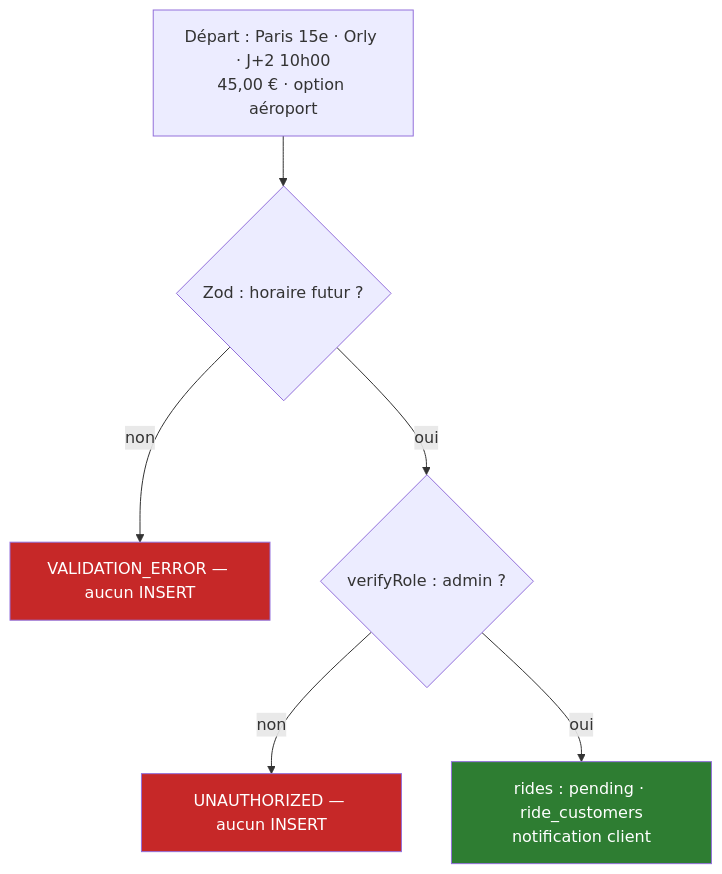
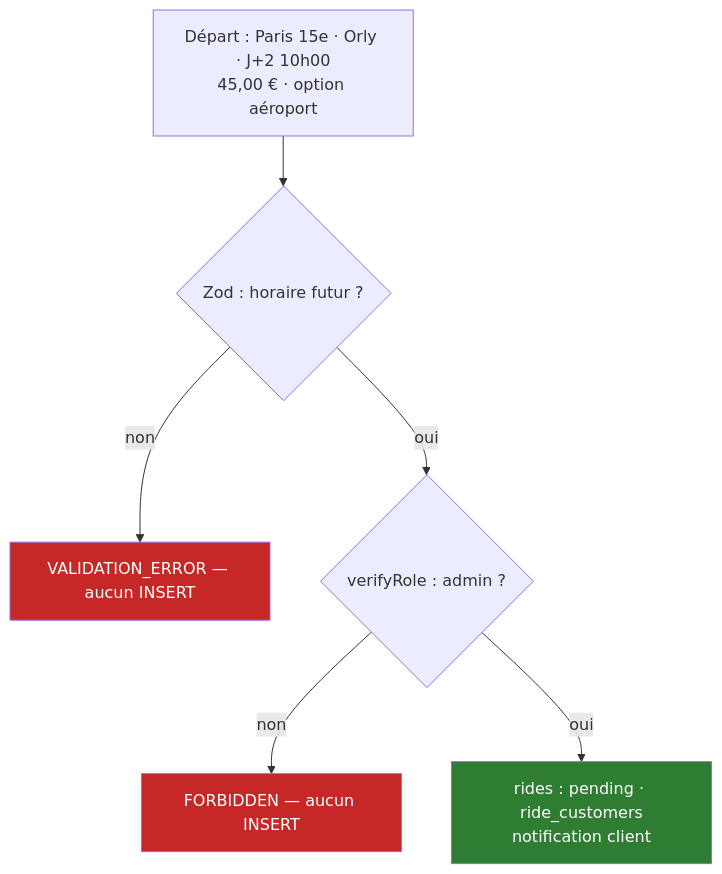
One commit to Mamoru-fr/AMT-Express changed the tenth of 13 diagrams in documents/dossiers/dossierProjet/dossierProjetRNCP.md. Above: the diagram before and after it, drawn with Mermaid. The commit also changed other lines of this file and 3 other files, not shown here.

Commit message:
docs(rncp): dossier — colonne Annexe au mapping competences + corrections factuelles validées ; annexes — maquettes HTML (palette réelle), UML canonique PlantUML, liste des captures

````diff
--- a/documents/dossiers/dossierProjet/dossierProjetRNCP.md
+++ b/documents/dossiers/dossierProjet/dossierProjetRNCP.md
@@ -497,11 +499,11 @@
 ```mermaid
 flowchart TD
     IN[Départ : Paris 15e · Orly · J+2 10h00<br/>45,00 € · option aéroport] --> V{Zod : horaire futur ?}
     V -- non --> ERR1[VALIDATION_ERROR — aucun INSERT]
     V -- oui --> R{verifyRole : admin ?}
-    R -- non --> ERR2[UNAUTHORIZED — aucun INSERT]
+    R -- non --> ERR2[FORBIDDEN — aucun INSERT]
     R -- oui --> OK[rides : pending · ride_customers<br/>notification client]
     style ERR1 fill:#c62828,color:#fff
     style ERR2 fill:#c62828,color:#fff
     style OK fill:#2e7d32,color:#fff
 ```
````
